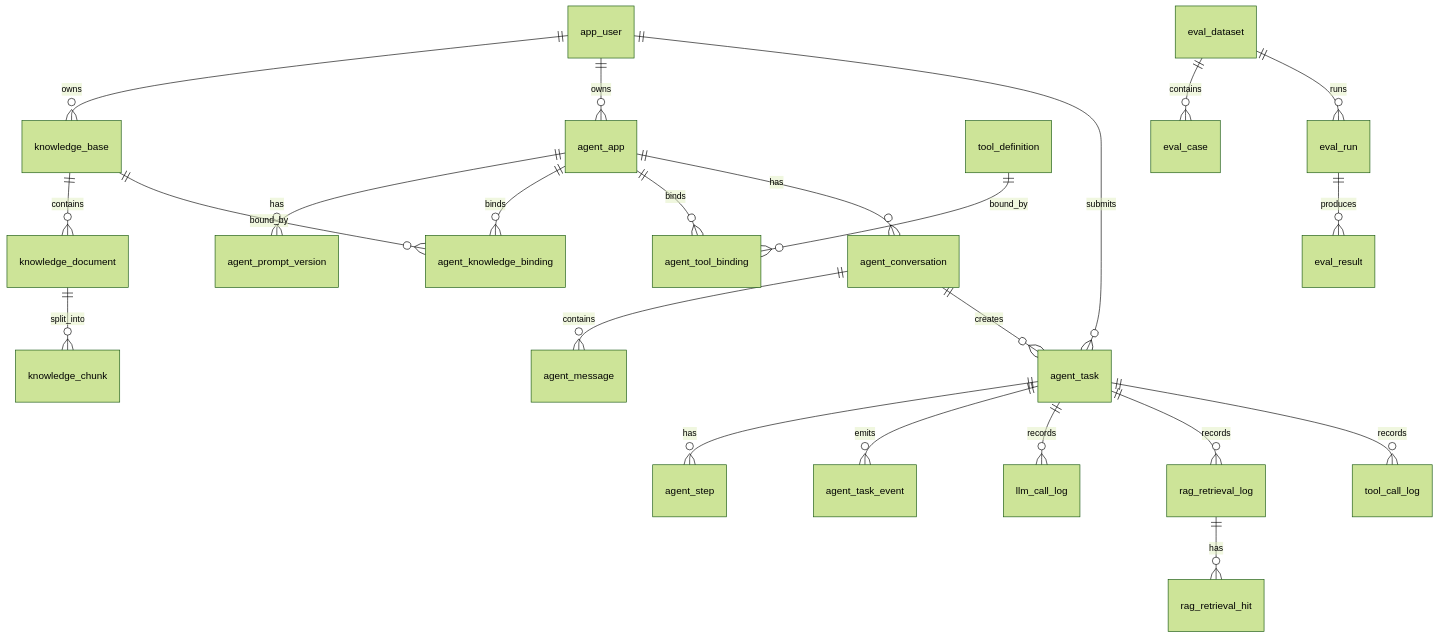
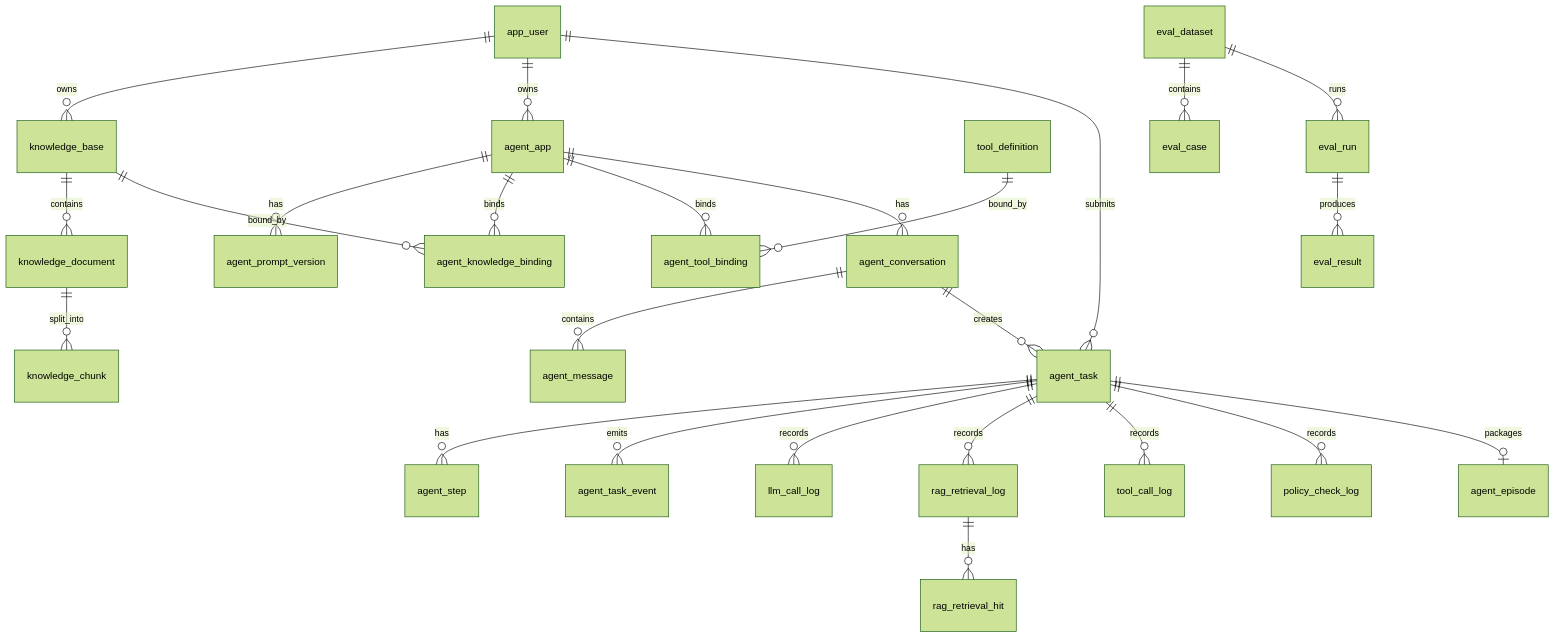
The diagram in agentflow-hub-data-model.md (Xavi-L/AgentFlow-Hub), drawn with Mermaid (forest theme) before and after one commit. The commit also changed other lines of this file and 9 other files, not shown here.

````diff
--- a/agentflow-hub-data-model.md
+++ b/agentflow-hub-data-model.md
@@ -117,31 +117,33 @@
 ```mermaid
 erDiagram
     app_user ||--o{ knowledge_base : owns
     app_user ||--o{ agent_app : owns
     app_user ||--o{ agent_task : submits
 
     knowledge_base ||--o{ knowledge_document : contains
     knowledge_document ||--o{ knowledge_chunk : split_into
 
     agent_app ||--o{ agent_prompt_version : has
     agent_app ||--o{ agent_knowledge_binding : binds
     knowledge_base ||--o{ agent_knowledge_binding : bound_by
 
     agent_app ||--o{ agent_tool_binding : binds
     tool_definition ||--o{ agent_tool_binding : bound_by
 
     agent_app ||--o{ agent_conversation : has
     agent_conversation ||--o{ agent_message : contains
     agent_conversation ||--o{ agent_task : creates
 
     agent_task ||--o{ agent_step : has
     agent_task ||--o{ agent_task_event : emits
     agent_task ||--o{ llm_call_log : records
     agent_task ||--o{ rag_retrieval_log : records
     rag_retrieval_log ||--o{ rag_retrieval_hit : has
     agent_task ||--o{ tool_call_log : records
+    agent_task ||--o{ policy_check_log : records
+    agent_task ||--o| agent_episode : packages
 
     eval_dataset ||--o{ eval_case : contains
     eval_dataset ||--o{ eval_run : runs
     eval_run ||--o{ eval_result : produces
 ```
````
